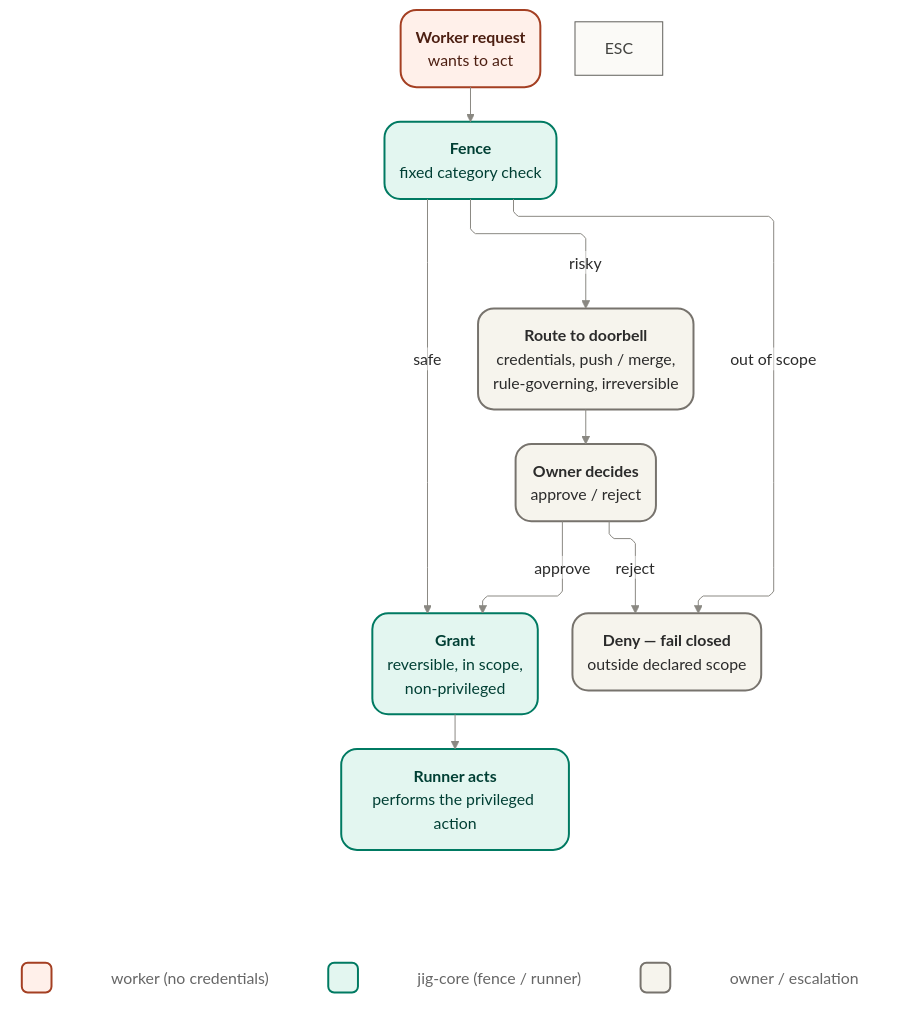
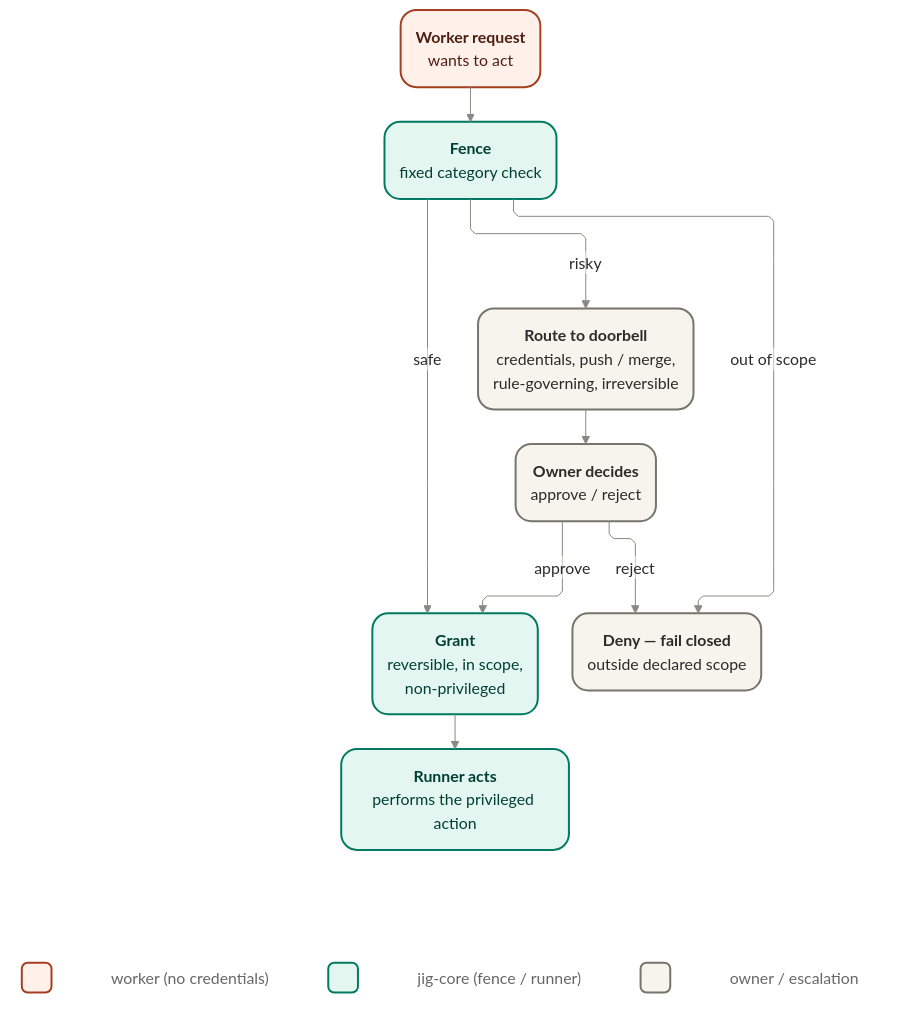
One commit to agentic-workflow-kit/jig changed the diagram in docs/design/core/authorization.md. Above: the diagram before and after it, drawn with Mermaid. The commit also changed other lines of this file and 19 other files, not shown here.

````diff
--- a/docs/design/core/authorization.md
+++ b/docs/design/core/authorization.md
@@ -31,74 +41,72 @@
 ```mermaid
 %%{init: {
   "theme": "base",
   "themeVariables": {
     "fontFamily": "Inter, Arial, sans-serif",
     "primaryTextColor": "#2b2b2b",
     "lineColor": "#8a8882",
     "edgeLabelBackground": "#ffffff",
     "clusterBkg": "#fbfaf7",
     "clusterBorder": "#b8b8b1",
     "clusterTextColor": "#2b2b2b"
   },
   "flowchart": {
     "htmlLabels": false,
     "curve": "linear",
     "nodeSpacing": 40,
     "rankSpacing": 45,
     "defaultRenderer": "elk"
   }
 }}%%
 flowchart TB
 
   req("`**Worker request**
 wants to act`")
   fence("`**Fence**
 fixed category check`")
   grant("`**Grant**
 reversible, in scope,
 non-privileged`")
   route("`**Route to doorbell**
 credentials, push / merge,
 rule-governing, irreversible`")
   deny("`**Deny — fail closed**
 outside declared scope`")
   owner("`**Owner decides**
 approve / reject`")
   runner("`**Runner acts**
 performs the privileged action`")
 
   req --> fence
   fence -->|safe| grant
   fence -->|risky| route
   fence -->|out of scope| deny
   route --> owner
   owner -->|approve| grant
   owner -->|reject| deny
   grant --> runner
 
   subgraph legend[" "]
     direction LR
     l1(" ") ~~~ lt1["worker (no credentials)"] ~~~ l2(" ") ~~~ lt2["jig-core (fence / runner)"] ~~~ l3(" ") ~~~ lt3["owner / escalation"]
   end
   style legend fill:transparent,stroke:transparent,color:transparent
 
   runner ~~~ legend
 
   classDef seamBox fill:#fff0ea,stroke:#a43f22,stroke-width:2px,color:#4d1f12,rx:16,ry:16;
   classDef coreBox fill:#e3f6f0,stroke:#007a62,stroke-width:2px,color:#003f34,rx:16,ry:16;
   classDef commonBox fill:#f6f4ed,stroke:#77736d,stroke-width:2px,color:#2b2b2b,rx:16,ry:16;
   classDef legendSeam fill:#fff0ea,stroke:#a43f22,stroke-width:2px,color:#4d1f12,rx:6,ry:6;
   classDef legendCore fill:#e3f6f0,stroke:#007a62,stroke-width:2px,color:#003f34,rx:6,ry:6;
   classDef legendOwner fill:#f6f4ed,stroke:#77736d,stroke-width:2px,color:#2b2b2b,rx:6,ry:6;
   classDef legendText fill:transparent,stroke:transparent,color:#666666;
 
   class req seamBox;
   class fence,grant,runner coreBox;
   class route,deny,owner commonBox;
   class l1 legendSeam;
   class l2 legendCore;
   class l3 legendOwner;
   class lt1,lt2,lt3 legendText;
-
-    style ESC fill:#FBFAF7,stroke:#5F5E5A,color:#444441
 ```
````
